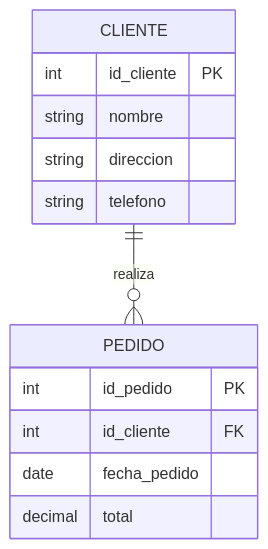
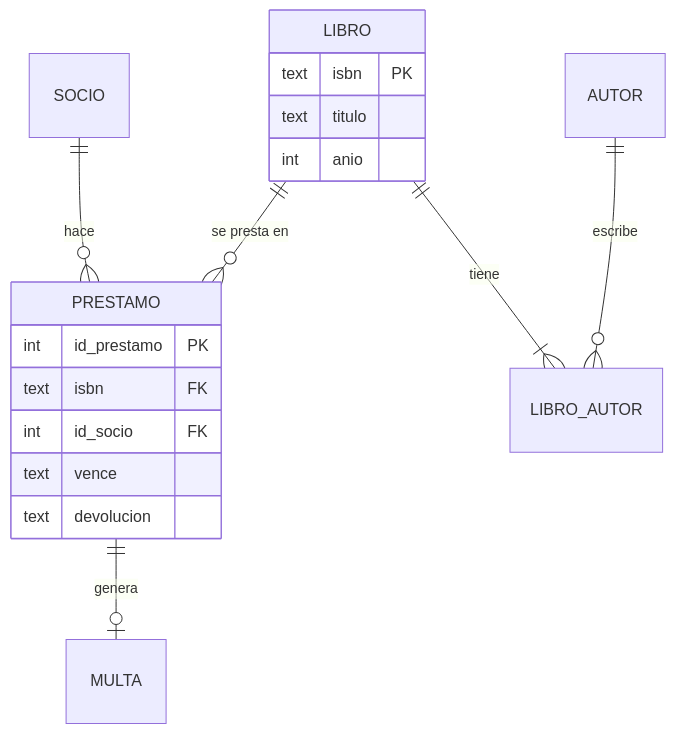
One commit to djaimej/computer-science-template changed the diagram in public/documents/semester-5/3/5322.md. Above: the diagram before and after it, drawn with Mermaid. The commit also changed other lines of this file and 2 other files, not shown here.

````diff
--- a/public/documents/semester-5/3/5322.md
+++ b/public/documents/semester-5/3/5322.md
@@ -33,18 +38,20 @@
 ```mermaid
 erDiagram
-    CLIENTE {
-        int id_cliente PK
-        string nombre
-        string direccion
-        string telefono
+    SOCIO ||--o{ PRESTAMO : hace
+    LIBRO ||--o{ PRESTAMO : "se presta en"
+    LIBRO ||--|{ LIBRO_AUTOR : tiene
+    AUTOR ||--o{ LIBRO_AUTOR : escribe
+    PRESTAMO ||--o| MULTA : genera
+    LIBRO {
+        text isbn PK
+        text titulo
+        int anio
     }
-
-    PEDIDO {
-        int id_pedido PK
-        int id_cliente FK
-        date fecha_pedido
-        decimal total
+    PRESTAMO {
+        int id_prestamo PK
+        text isbn FK
+        int id_socio FK
+        text vence
+        text devolucion
     }
-
-    CLIENTE ||--o{ PEDIDO : realiza
 ```
````
